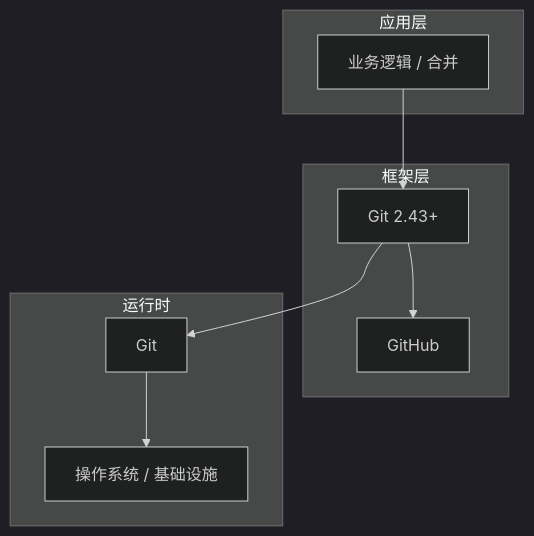
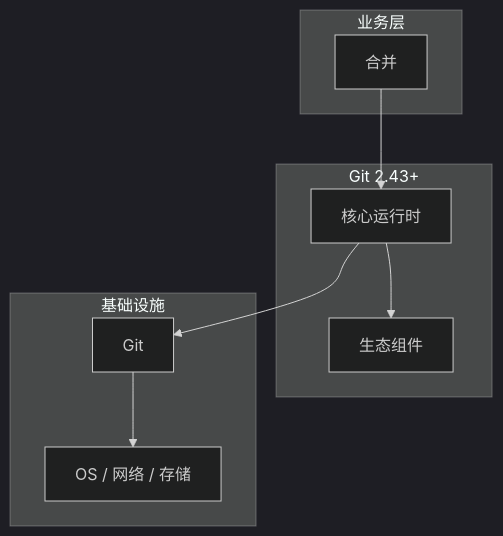
The diagram in articles/Git版本控制/chapters/019-合并核心概念与原理.md (yanggan2015/knowledge-json-v2), drawn with Mermaid (dark theme) before and after one commit. The commit also changed other lines of this file and 10127 other files, not shown here.

````diff
--- a/articles/Git版本控制/chapters/019-合并核心概念与原理.md
+++ b/articles/Git版本控制/chapters/019-合并核心概念与原理.md
@@ -45,18 +34,18 @@
 ```mermaid
 graph TB
-    subgraph 应用层
-        A[业务逻辑 / 合并]
+    subgraph 业务层
+        A[合并]
     end
-    subgraph 框架层
-        B[Git 2.43+]
-        C[GitHub]
+    subgraph Git 2.43+
+        B[核心运行时]
+        C[生态组件]
     end
-    subgraph 运行时
+    subgraph 基础设施
         D[Git]
-        E[操作系统 / 基础设施]
+        E[OS / 网络 / 存储]
     end
     A --> B
     B --> C
     B --> D
     D --> E
 ```
````
